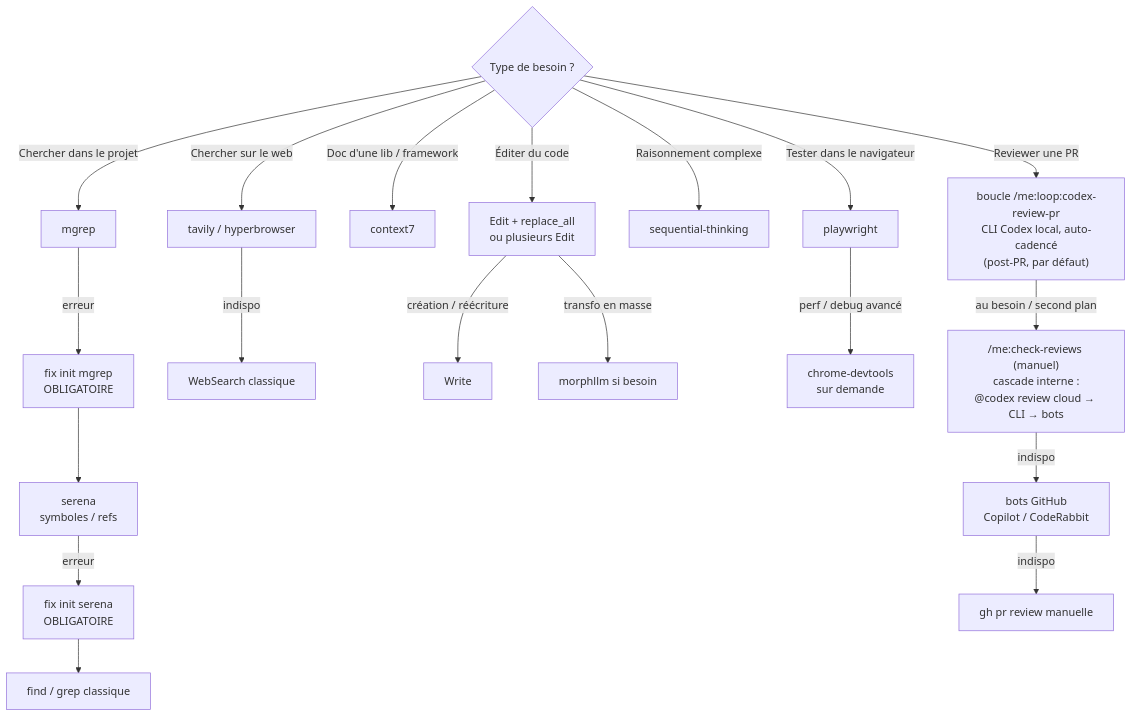
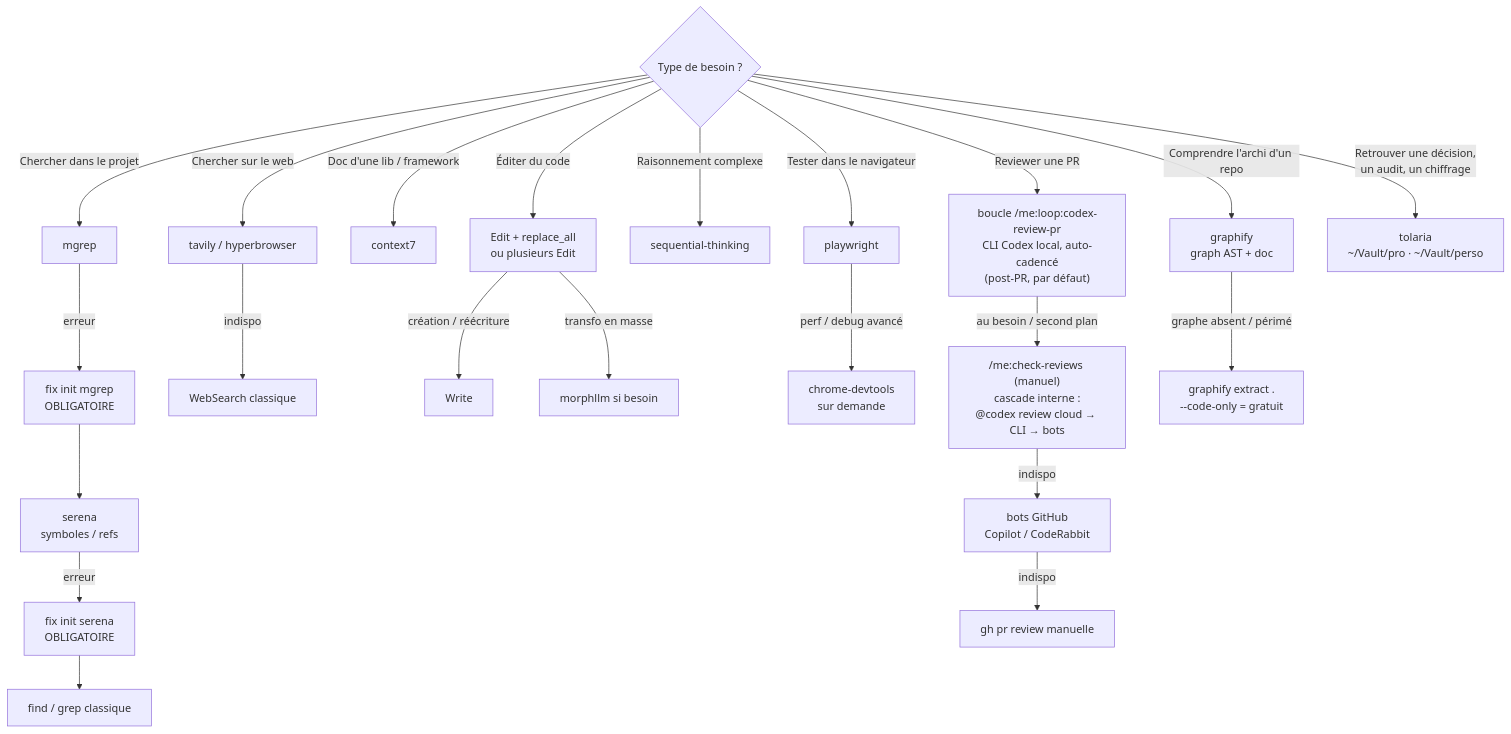
The first of 8 diagrams in dot_claude/WORKFLOW.md (kbrdn1/dotfiles), drawn with Mermaid before and after one commit. The commit also changed other lines of this file and 2 other files, not shown here.

First line of the commit message:
📝 docs(claude): tolaria + graphify dans WORKFLOW/RULES

````diff
--- a/dot_claude/WORKFLOW.md
+++ b/dot_claude/WORKFLOW.md
@@ -25,28 +27,33 @@
 ```mermaid
 flowchart TD
     Q{Type de besoin ?}
 
     Q -->|Chercher dans le projet| S1[mgrep]
     S1 -->|erreur| S1f[fix init mgrep<br/>OBLIGATOIRE]
     S1f --> S2[serena<br/>symboles / refs]
     S2 -->|erreur| S2f[fix init serena<br/>OBLIGATOIRE]
     S2f --> S3[find / grep classique]
 
     Q -->|Chercher sur le web| W1[tavily / hyperbrowser]
     W1 -->|indispo| W2[WebSearch classique]
 
     Q -->|Doc d'une lib / framework| C1[context7]
 
     Q -->|Éditer du code| E1[Edit + replace_all<br/>ou plusieurs Edit]
     E1 -->|création / réécriture| E2[Write]
     E1 -->|transfo en masse| E3[morphllm si besoin]
 
     Q -->|Raisonnement complexe| A1[sequential-thinking]
     Q -->|Tester dans le navigateur| B1[playwright]
     B1 -->|perf / debug avancé| B2[chrome-devtools<br/>sur demande]
 
     Q -->|Reviewer une PR| R1["boucle /me:loop:codex-review-pr<br/>CLI Codex local, auto-cadencé<br/>(post-PR, par défaut)"]
     R1 -->|au besoin / second plan| R2["/me:check-reviews (manuel)<br/>cascade interne :<br/>@codex review cloud → CLI → bots"]
     R2 -->|indispo| R3[bots GitHub<br/>Copilot / CodeRabbit]
     R3 -->|indispo| R4[gh pr review manuelle]
+
+    Q -->|Comprendre l'archi d'un repo| G1["graphify<br/>graph AST + doc"]
+    G1 -->|graphe absent / périmé| G2["graphify extract .<br/>--code-only = gratuit"]
+
+    Q -->|Retrouver une décision,<br/>un audit, un chiffrage| T1["tolaria<br/>~/Vault/pro · ~/Vault/perso"]
 ```
````
